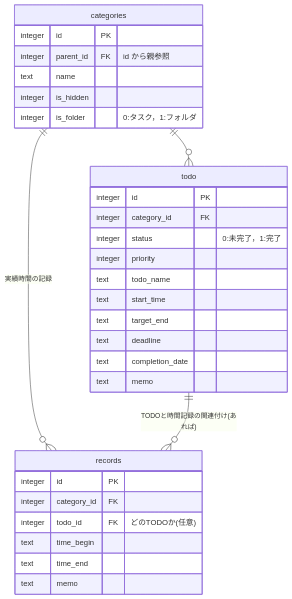
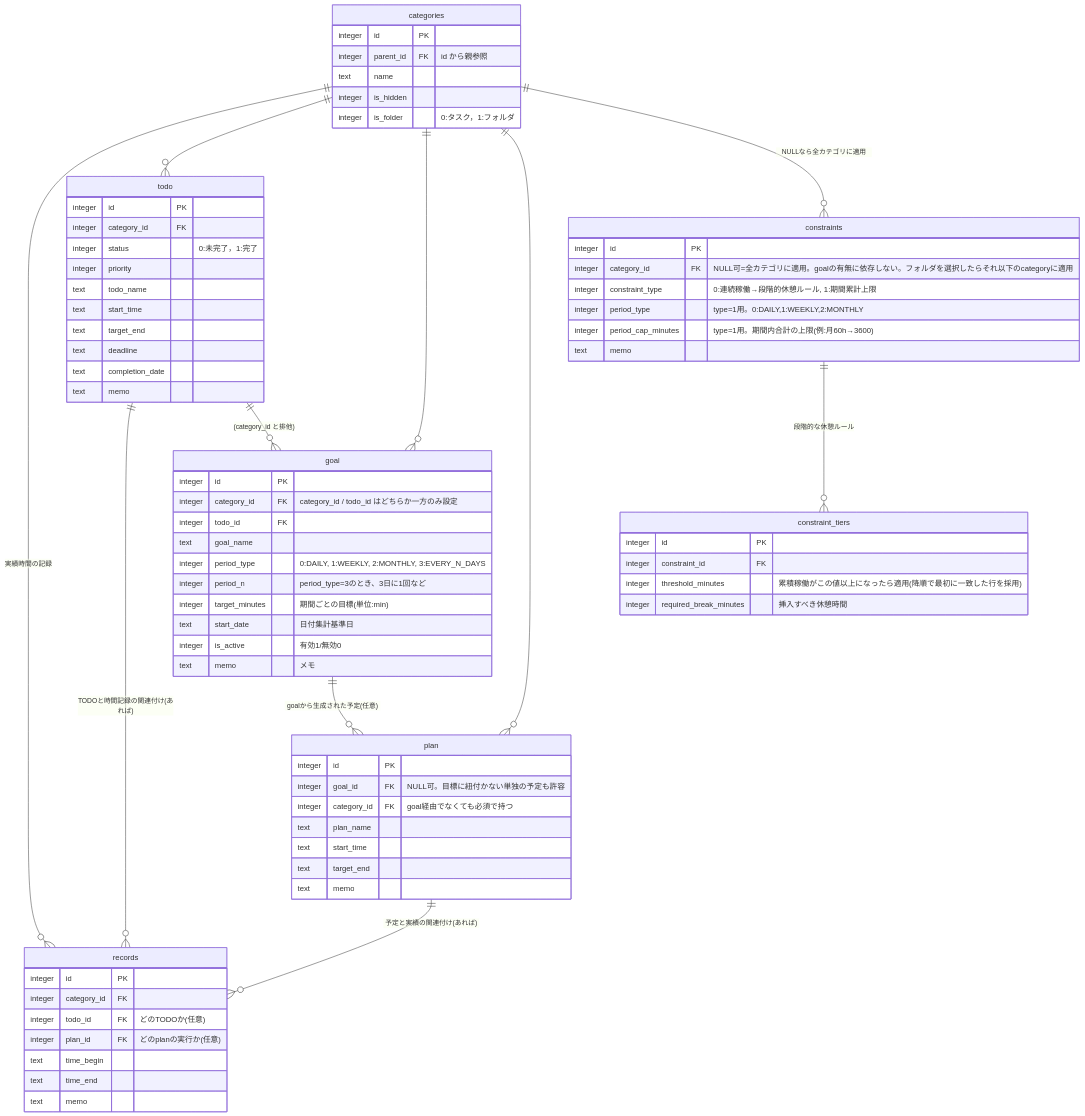
Before and after one commit to nullruptr/Cudyne: the diagram in src/core/db/db.md, drawn with Mermaid.

Commit message:
Create New DB ERD

````diff
--- a/src/core/db/db.md
+++ b/src/core/db/db.md
@@ -5,6 +5,13 @@
     categories ||--o{ records : "実績時間の記録"
     categories ||--o{ todo : ""
     todo ||--o{ records : "TODOと時間記録の関連付け(あれば)"
+    categories ||--o{ goal : ""
+    todo ||--o{ goal : "(category_id と排他)"
+    goal ||--o{ plan : "goalから生成された予定(任意)"
+    categories ||--o{ plan : ""
+    categories ||--o{ constraints : "NULLなら全カテゴリに適用"
+    constraints ||--o{ constraint_tiers : "段階的な休憩ルール"
+    plan ||--o{ records : "予定と実績の関連付け(あれば)"
 
     categories {
         integer id PK
@@ -18,6 +25,7 @@
         integer id PK
         integer category_id FK
         integer todo_id FK "どのTODOか(任意)"
+        integer plan_id FK "どのplanの実行か(任意)"
         text time_begin
         text time_end
         text memo
@@ -35,4 +43,43 @@
         text completion_date
         text memo
     }
+
+    goal {
+        integer id PK
+        integer category_id FK "category_id / todo_id はどちらか一方のみ設定"
+        integer todo_id FK
+        text goal_name
+        integer period_type "0:DAILY, 1:WEEKLY, 2:MONTHLY, 3:EVERY_N_DAYS"
+        integer period_n "period_type=3のとき、3日に1回など"
+        integer target_minutes "期間ごとの目標(単位:min)"
+        text start_date "日付集計基準日"
+        integer is_active "有効1/無効0"
+        text memo "メモ"
+    }
+
+    plan {
+        integer id PK
+        integer goal_id FK "NULL可。目標に紐付かない単独の予定も許容"
+        integer category_id FK "goal経由でなくても必須で持つ"
+        text plan_name
+        text start_time
+        text target_end
+        text memo
+    }
+
+    constraints {
+        integer id PK
+        integer category_id FK "NULL可=全カテゴリに適用。goalの有無に依存しない。フォルダを選択したらそれ以下のcategoryに適用"
+        integer constraint_type "0:連続稼働→段階的休憩ルール, 1:期間累計上限"
+        integer period_type "type=1用。0:DAILY,1:WEEKLY,2:MONTHLY"
+        integer period_cap_minutes "type=1用。期間内合計の上限(例:月60h→3600)"
+        text memo
+    }
+
+    constraint_tiers {
+        integer id PK
+        integer constraint_id FK
+        integer threshold_minutes "累積稼働がこの値以上になったら適用(降順で最初に一致した行を採用)"
+        integer required_break_minutes "挿入すべき休憩時間"
+    }
 ```
````
